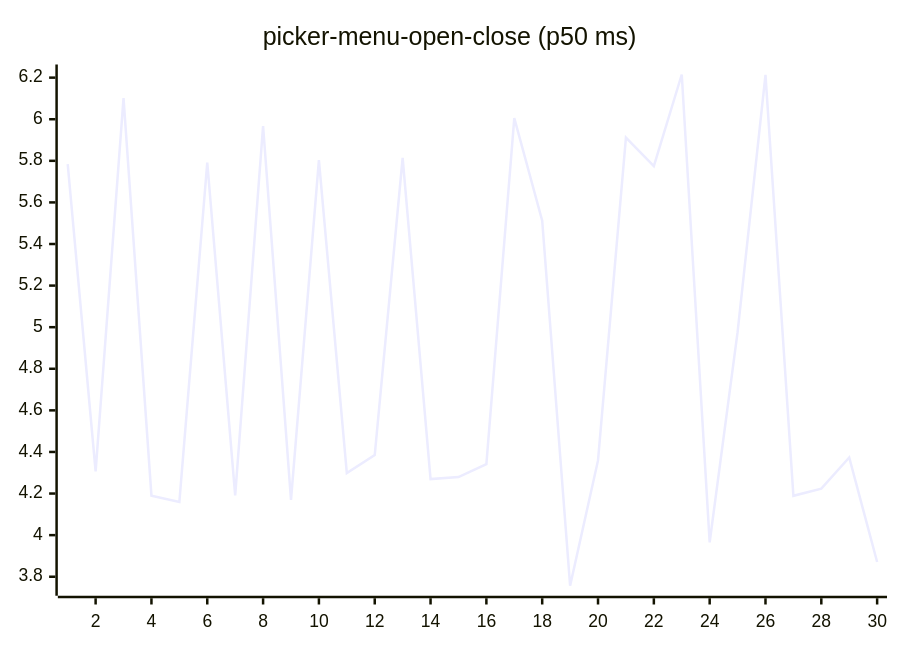
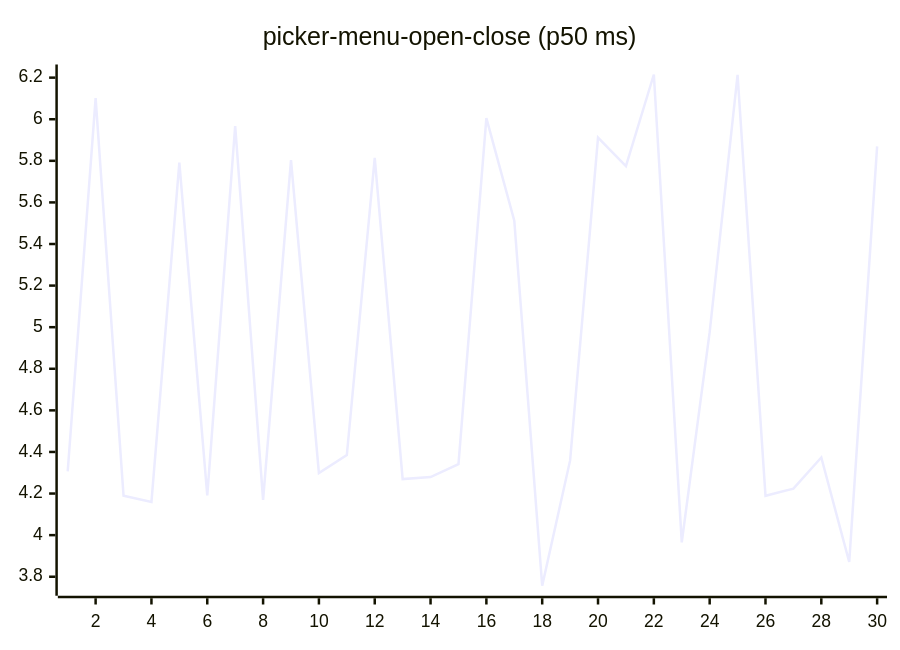
Diagram 16 of 27 in README.md (josha/Facet), drawn with Mermaid before and after one commit. The commit also changed other lines of this file and 2 other files, not shown here.

````diff
--- a/README.md
+++ b/README.md
@@ -168,6 +168,6 @@
 ```mermaid
 xychart-beta
     title "picker-menu-open-close (p50 ms)"
     x-axis 1 --> 30
-    line [5.7846, 4.3066, 6.1012, 4.1897, 4.1591, 5.7919, 4.1912, 5.9674, 4.1698, 5.8037, 4.2981, 4.3851, 5.8139, 4.2694, 4.2792, 4.3416, 6.0052, 5.5122, 3.7566, 4.3593, 5.9114, 5.7740, 6.2151, 3.9652, 4.9760, 6.2132, 4.1891, 4.2236, 4.3733, 3.8708]
+    line [4.3066, 6.1012, 4.1897, 4.1591, 5.7919, 4.1912, 5.9674, 4.1698, 5.8037, 4.2981, 4.3851, 5.8139, 4.2694, 4.2792, 4.3416, 6.0052, 5.5122, 3.7566, 4.3593, 5.9114, 5.7740, 6.2151, 3.9652, 4.9760, 6.2132, 4.1891, 4.2236, 4.3733, 3.8708, 5.8694]
 ```
````
